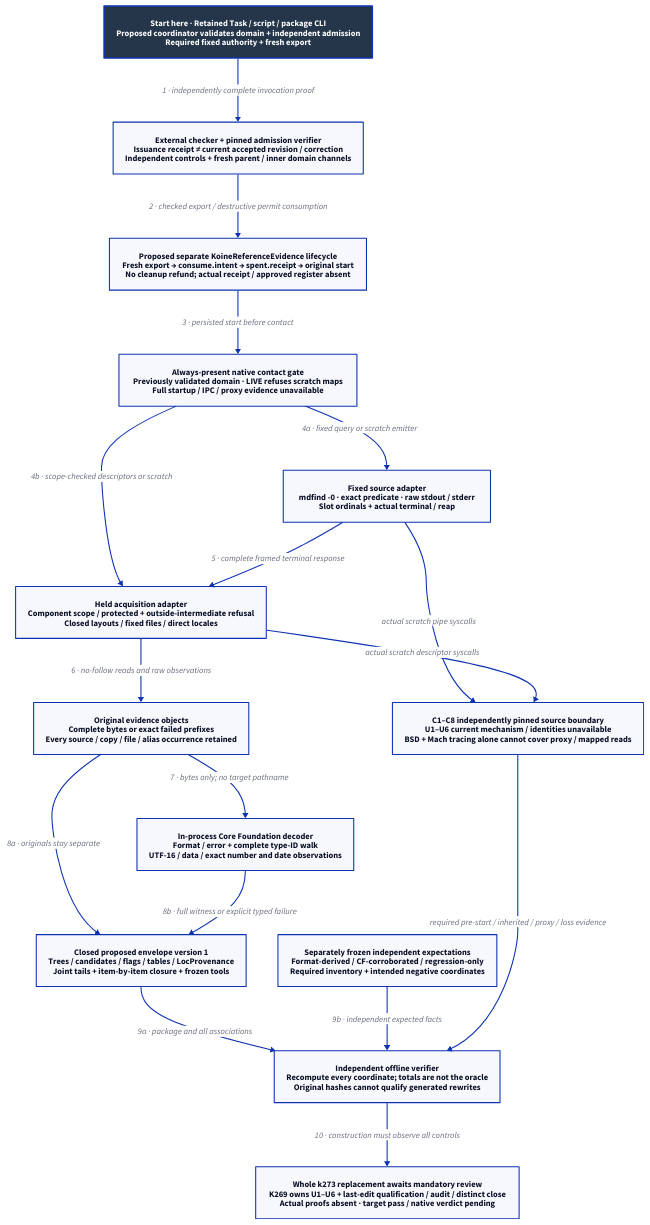
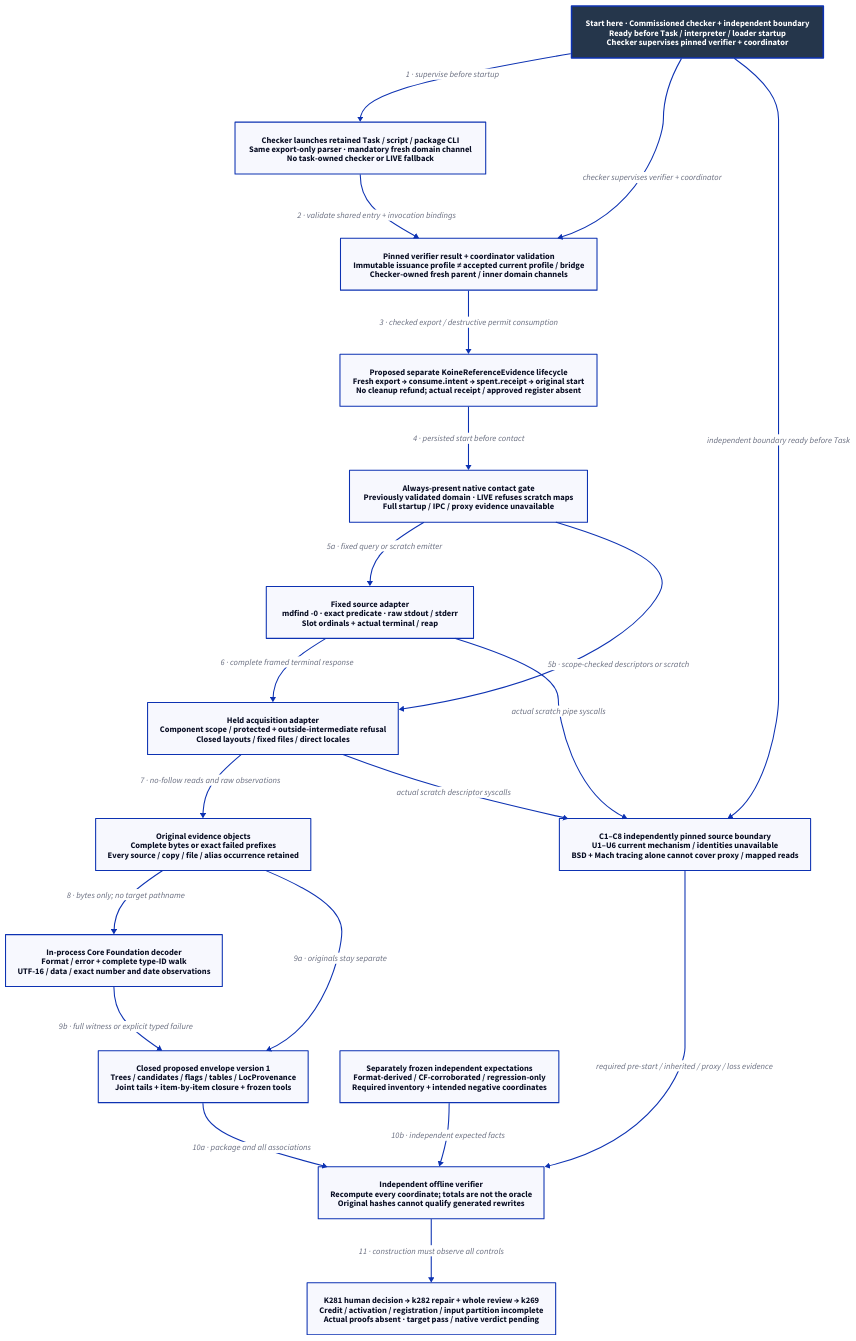
One commit to Linkuistics/Koine changed the diagram in docs/design/architecture/native-reference-instrument.d2. Above: the diagram before and after it, drawn with D2. The commit also changed 51 other files, not shown here.

Commit message:
Integrate admission review, repair profile/RPC/supervision/export contracts, and place decision/design work before construction (reference-evidence-admission-repair-k280)

```diff
--- a/docs/design/architecture/native-reference-instrument.d2
+++ b/docs/design/architecture/native-reference-instrument.d2
@@ -1,34 +1,38 @@
 # Proposed evidence-tool components; none is implemented or qualified by this design.
 direction: down
 classes: {
   start: {style: {fill: "#25364B"; font-color: "#FFFFFF"; bold: true; stroke-width: 3}}
 }
-Start: "Start here · Retained Task / script / package CLI\nProposed coordinator validates domain + independent admission\nRequired fixed authority + fresh export" {class: start}
-Admission: "External checker + pinned admission verifier\nIssuance receipt ≠ current accepted revision / correction\nIndependent controls + fresh parent / inner domain channels"
+Start: "Start here · Commissioned checker + independent boundary\nReady before Task / interpreter / loader startup\nChecker supervises pinned verifier + coordinator" {class: start}
+Task: "Checker launches retained Task / script / package CLI\nSame export-only parser · mandatory fresh domain channel\nNo task-owned checker or LIVE fallback"
+Admission: "Pinned verifier result + coordinator validation\nImmutable issuance profile ≠ accepted current profile / bridge\nChecker-owned fresh parent / inner domain channels"
 Authority: "Proposed separate KoineReferenceEvidence lifecycle\nFresh export → consume.intent → spent.receipt → original start\nNo cleanup refund; actual receipt / approved register absent"
 Gate: "Always-present native contact gate\nPreviously validated domain · LIVE refuses scratch maps\nFull startup / IPC / proxy evidence unavailable"
 Source: "Fixed source adapter\nmdfind -0 · exact predicate · raw stdout / stderr\nSlot ordinals + actual terminal / reap"
 Held: "Held acquisition adapter\nComponent scope / protected + outside-intermediate refusal\nClosed layouts / fixed files / direct locales"
 Objects: "Original evidence objects\nComplete bytes or exact failed prefixes\nEvery source / copy / file / alias occurrence retained"
 Decoder: "In-process Core Foundation decoder\nFormat / error + complete type-ID walk\nUTF-16 / data / exact number and date observations"
 Envelope: "Closed proposed envelope version 1\nTrees / candidates / flags / tables / LocProvenance\nJoint tails + item-by-item closure + frozen tools"
 Oracle: "Separately frozen independent expectations\nFormat-derived / CF-corroborated / regression-only\nRequired inventory + intended negative coordinates"
 Observer: "C1–C8 independently pinned source boundary\nU1–U6 current mechanism / identities unavailable\nBSD + Mach tracing alone cannot cover proxy / mapped reads"
 Verifier: "Independent offline verifier\nRecompute every coordinate; totals are not the oracle\nOriginal hashes cannot qualify generated rewrites"
-Boundary: "Whole k273 replacement awaits mandatory review\nK269 owns U1–U6 + last-edit qualification / audit / distinct close\nActual proofs absent · target pass / native verdict pending"
-Start -> Admission: "1 · independently complete invocation proof"
-Admission -> Authority: "2 · checked export / destructive permit consumption"
-Authority -> Gate: "3 · persisted start before contact"
-Gate -> Source: "4a · fixed query or scratch emitter"
-Gate -> Held: "4b · scope-checked descriptors or scratch"
-Source -> Held: "5 · complete framed terminal response"
-Held -> Objects: "6 · no-follow reads and raw observations"
-Objects -> Decoder: "7 · bytes only; no target pathname"
-Objects -> Envelope: "8a · originals stay separate"
-Decoder -> Envelope: "8b · full witness or explicit typed failure"
-Envelope -> Verifier: "9a · package and all associations"
-Oracle -> Verifier: "9b · independent expected facts"
+Boundary: "K281 human decision → k282 repair + whole review → k269\nCredit / activation / registration / input partition incomplete\nActual proofs absent · target pass / native verdict pending"
+Start -> Task: "1 · supervise before startup"
+Start -> Admission: "checker supervises verifier + coordinator"
+Start -> Observer: "independent boundary ready before Task"
+Task -> Admission: "2 · validate shared entry + invocation bindings"
+Admission -> Authority: "3 · checked export / destructive permit consumption"
+Authority -> Gate: "4 · persisted start before contact"
+Gate -> Source: "5a · fixed query or scratch emitter"
+Gate -> Held: "5b · scope-checked descriptors or scratch"
+Source -> Held: "6 · complete framed terminal response"
+Held -> Objects: "7 · no-follow reads and raw observations"
+Objects -> Decoder: "8 · bytes only; no target pathname"
+Objects -> Envelope: "9a · originals stay separate"
+Decoder -> Envelope: "9b · full witness or explicit typed failure"
+Envelope -> Verifier: "10a · package and all associations"
+Oracle -> Verifier: "10b · independent expected facts"
 Source -> Observer: "actual scratch pipe syscalls"
 Held -> Observer: "actual scratch descriptor syscalls"
 Observer -> Verifier: "required pre-start / inherited / proxy / loss evidence"
-Verifier -> Boundary: "10 · construction must observe all controls"
+Verifier -> Boundary: "11 · construction must observe all controls"
```
